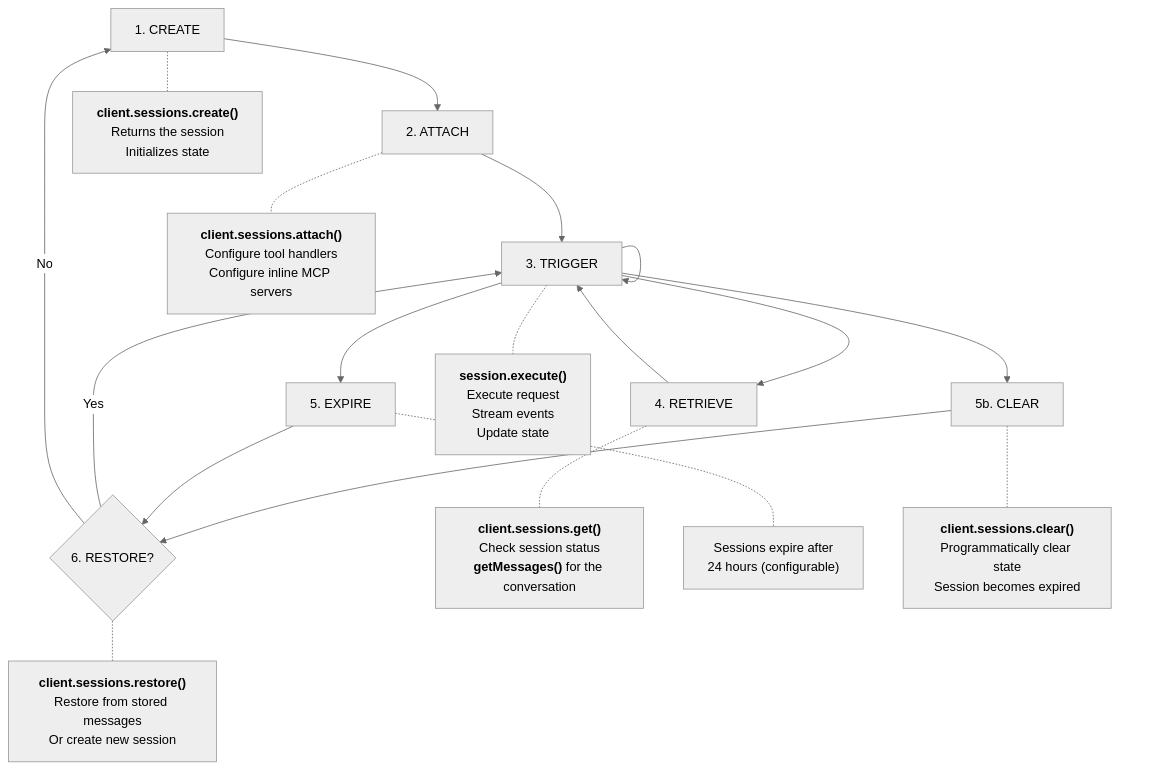
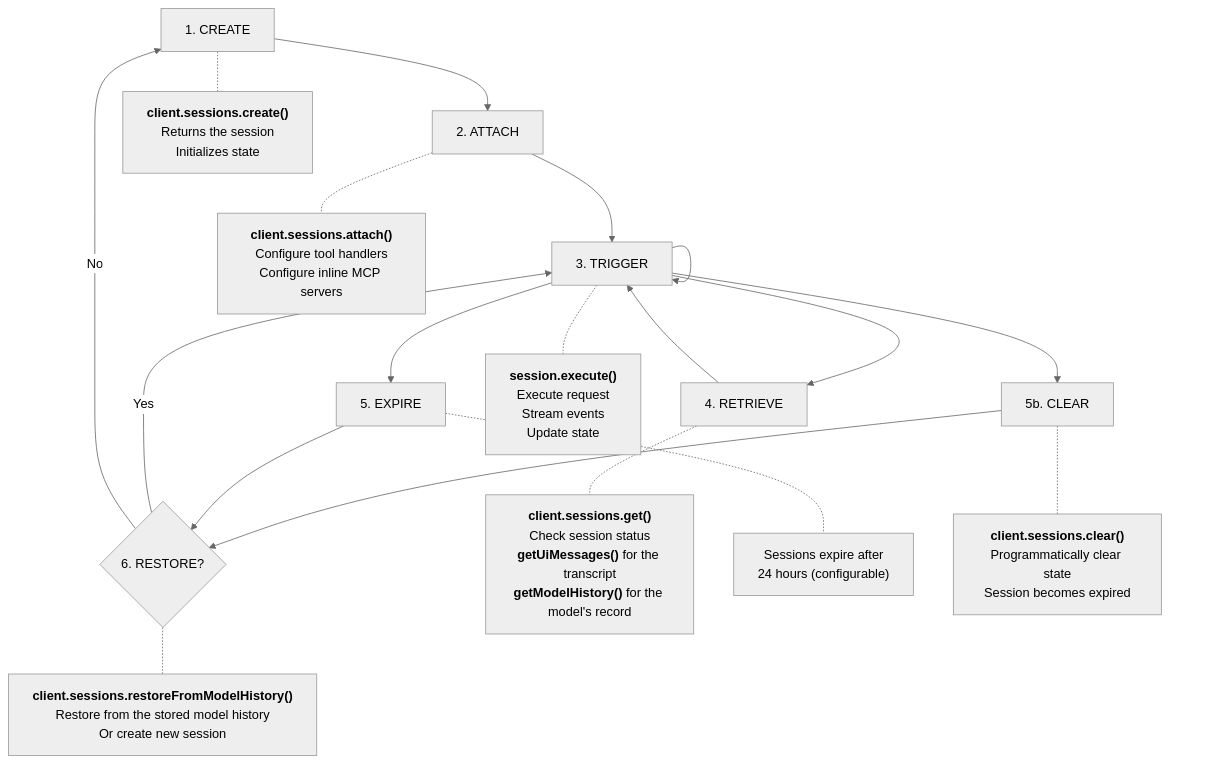
The diagram in packages/docs/content/02-server-sdk/02-sessions.md (octavus-ai/agent-sdk), drawn with Mermaid (neutral theme) before and after one commit. The commit also changed other lines of this file and 18 other files, not shown here.

First line of the commit message:
V7: the model history, the UI transcript, and per-scope reference display

````diff
--- a/packages/docs/content/02-server-sdk/02-sessions.md
+++ b/packages/docs/content/02-server-sdk/02-sessions.md
@@ -389,42 +423,43 @@
 ```mermaid
 flowchart TD
     A[1. CREATE] --> B[2. ATTACH]
     B --> C[3. TRIGGER]
     C --> C
     C --> D[4. RETRIEVE]
     D --> C
     C --> E[5. EXPIRE]
     C --> G[5b. CLEAR]
     G --> F
     E --> F{6. RESTORE?}
     F -->|Yes| C
     F -->|No| A
 
     A -.- A1["`**client.sessions.create()**
     Returns the session
     Initializes state`"]
 
     B -.- B1["`**client.sessions.attach()**
     Configure tool handlers
     Configure inline MCP servers`"]
 
     C -.- C1["`**session.execute()**
     Execute request
     Stream events
     Update state`"]
 
     D -.- D1["`**client.sessions.get()**
     Check session status
-    **getMessages()** for the conversation`"]
+    **getUiMessages()** for the transcript
+    **getModelHistory()** for the model's record`"]
 
     E -.- E1["`Sessions expire after
     24 hours (configurable)`"]
 
     G -.- G1["`**client.sessions.clear()**
     Programmatically clear state
     Session becomes expired`"]
 
-    F -.- F1["`**client.sessions.restore()**
-    Restore from stored messages
+    F -.- F1["`**client.sessions.restoreFromModelHistory()**
+    Restore from the stored model history
     Or create new session`"]
 ```
````
